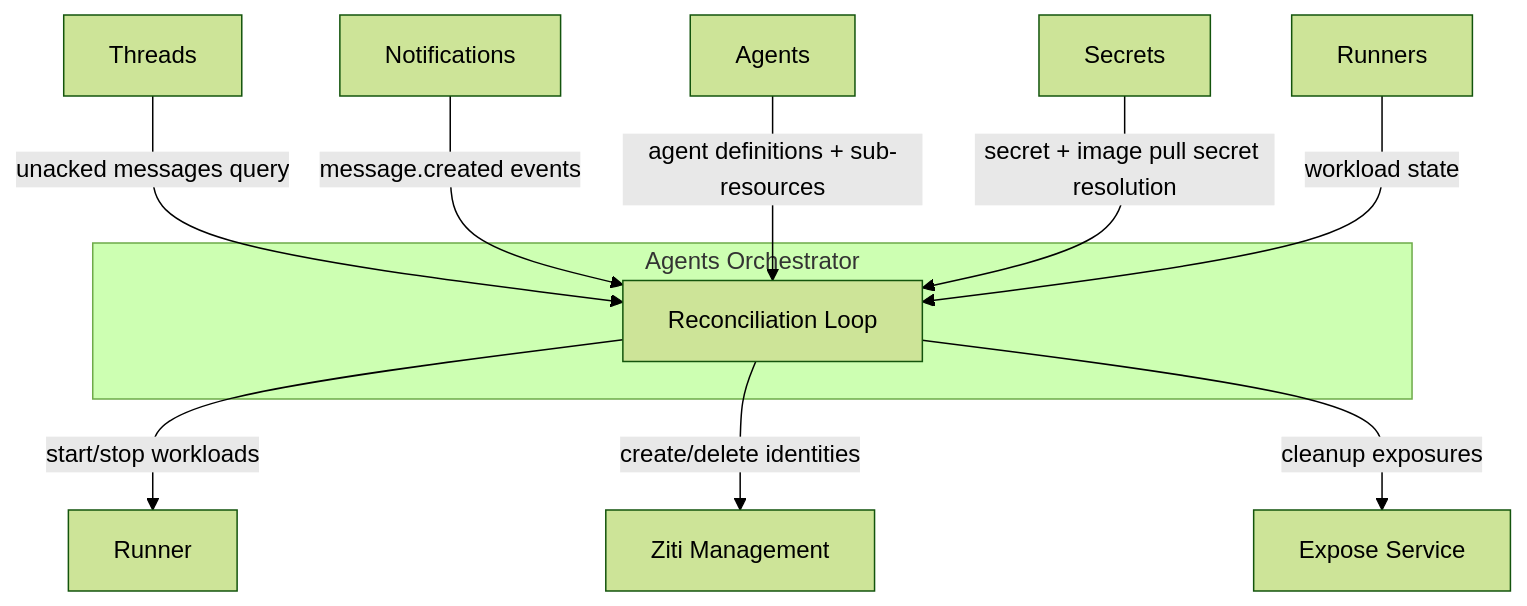
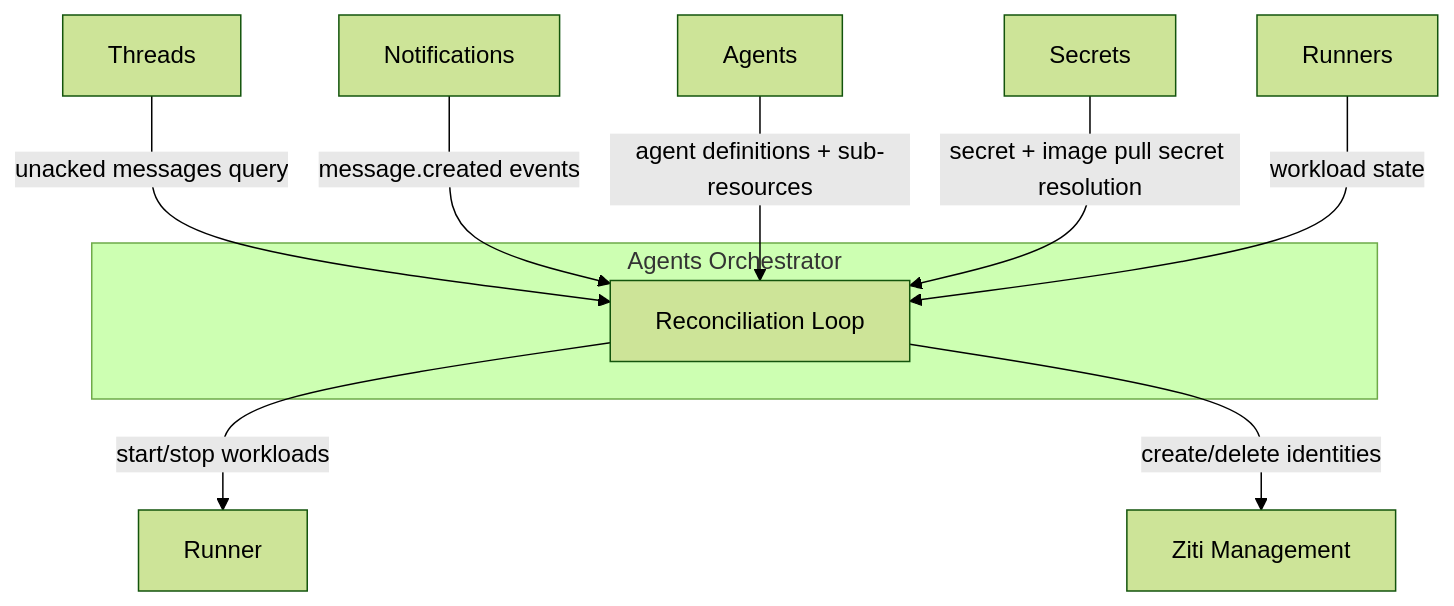
Before and after one commit to agynio/architecture: the first of 4 diagrams in architecture/agents-orchestrator.md, drawn with Mermaid (forest theme). The commit also changed other lines of this file and 8 other files, not shown here.

````diff
--- a/architecture/agents-orchestrator.md
+++ b/architecture/agents-orchestrator.md
@@ -11,15 +11,14 @@
 ```mermaid
 graph TB
     subgraph "Agents Orchestrator"
         Reconciler[Reconciliation Loop]
     end
 
     Threads -->|unacked messages query| Reconciler
     Notifications -->|message.created events| Reconciler
     Agents -->|agent definitions + sub-resources| Reconciler
     Secrets -->|secret + image pull secret resolution| Reconciler
     Runners[Runners] -->|workload state| Reconciler
     Reconciler -->|start/stop workloads| Runner
     Reconciler -->|create/delete identities| ZitiMgmt[Ziti Management]
-    Reconciler -->|cleanup exposures| Expose[Expose Service]
 ```
````
